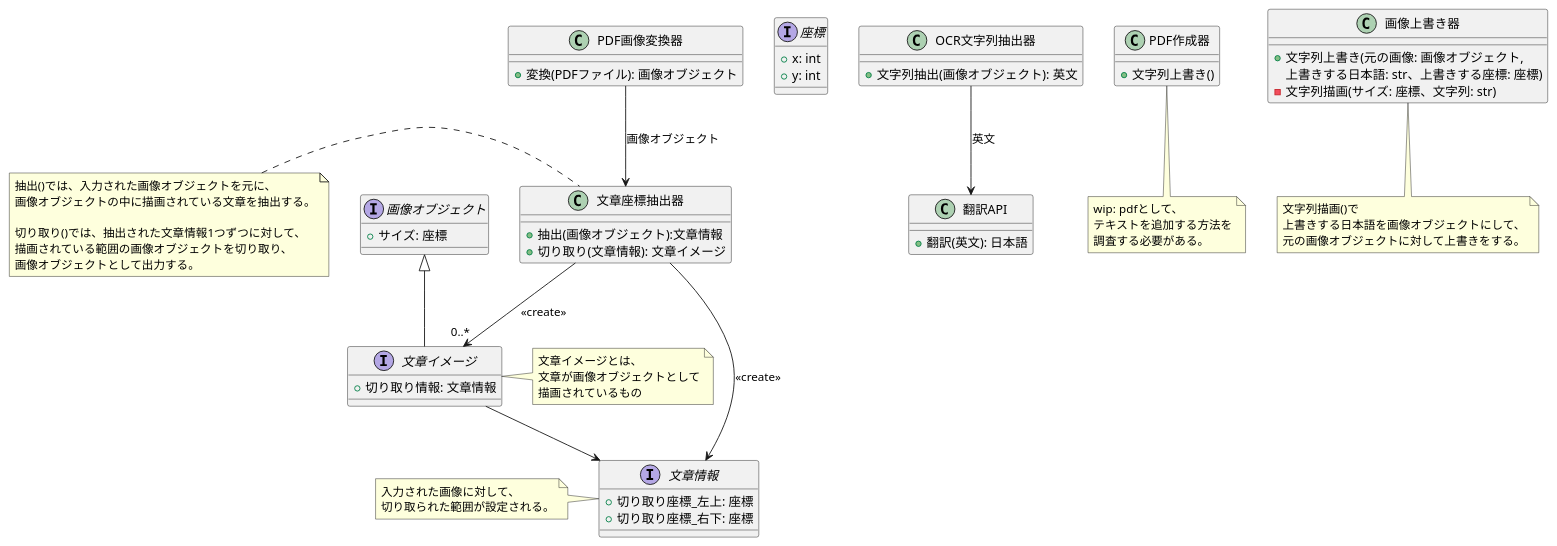
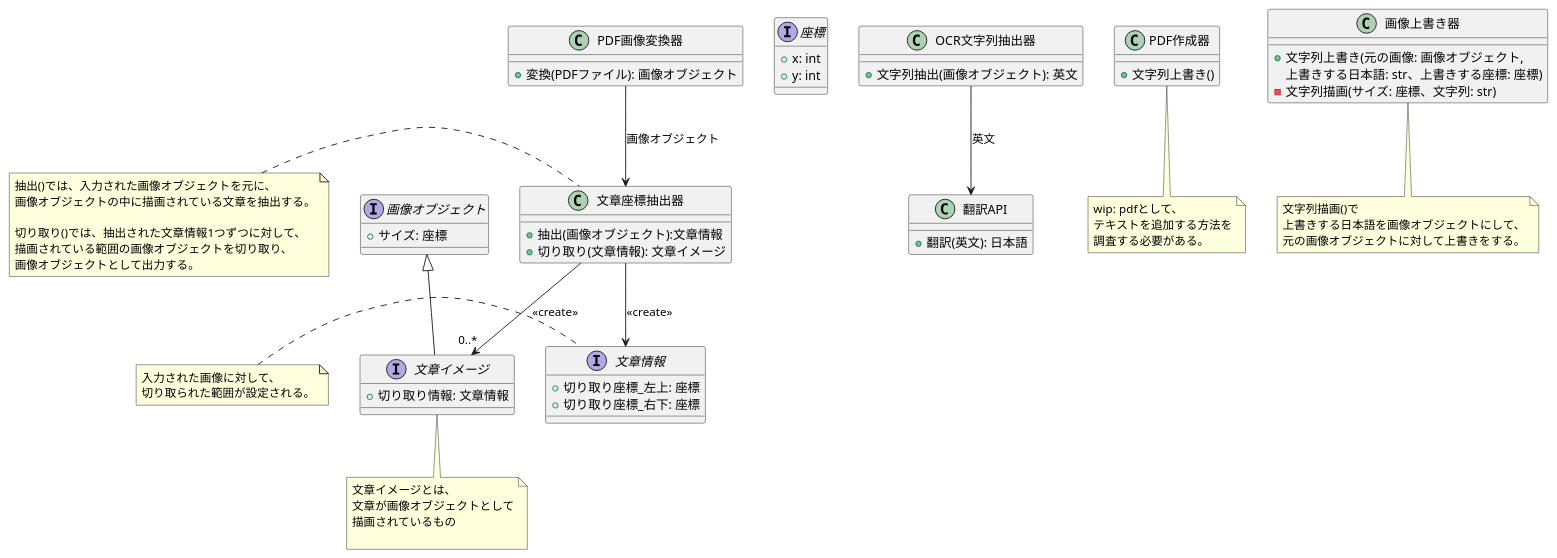
Before and after one commit to hakohumi/pdf-translator: the second of 2 diagrams in システム構成図.md, drawn with PlantUML. The commit also changed other lines of this file, not shown here.

```diff
--- a/システム構成図.md
+++ b/システム構成図.md
@@ -85,13 +95,11 @@
     + 切り取り情報: 文章情報
 }
 
-text --> text_info
-
-
-note right
+note bottom
 文章イメージとは、
 文章が画像オブジェクトとして
 描画されているもの
+
 end note
 
 text_coordinate_extractor -->"0..*" text : <<create>>
```
